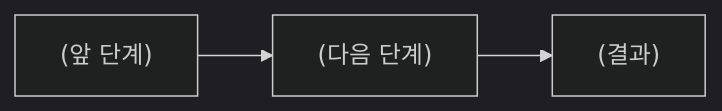
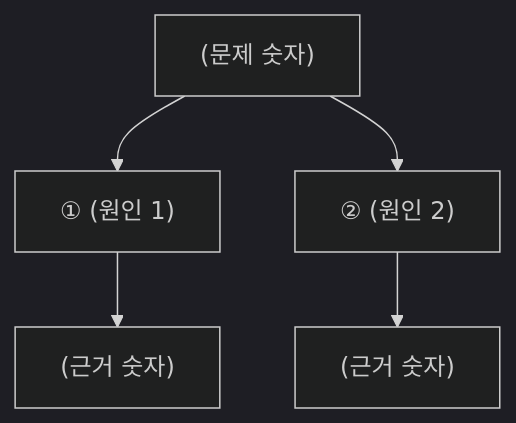
Before and after one commit to kizzlekizzlemaster-eng/claude-plugins: the diagram in newtlab-report/skills/report/templates/보고서.md, drawn with Mermaid (dark theme). The commit also changed other lines of this file and 5 other files, not shown here.

````diff
--- a/newtlab-report/skills/report/templates/보고서.md
+++ b/newtlab-report/skills/report/templates/보고서.md
@@ -59,4 +63,7 @@
 ```mermaid
-flowchart LR
-  A["(앞 단계)"] --> B["(다음 단계)"] --> C["(결과)"]
+flowchart TD
+  P["(문제 숫자)"] --> A["① (원인 1)"]
+  P --> B["② (원인 2)"]
+  A --> A1["(근거 숫자)"]
+  B --> B1["(근거 숫자)"]
 ```
````
